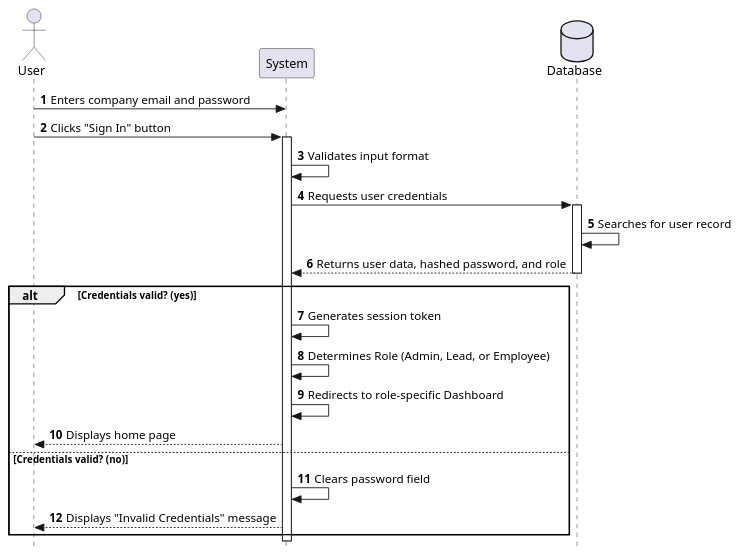
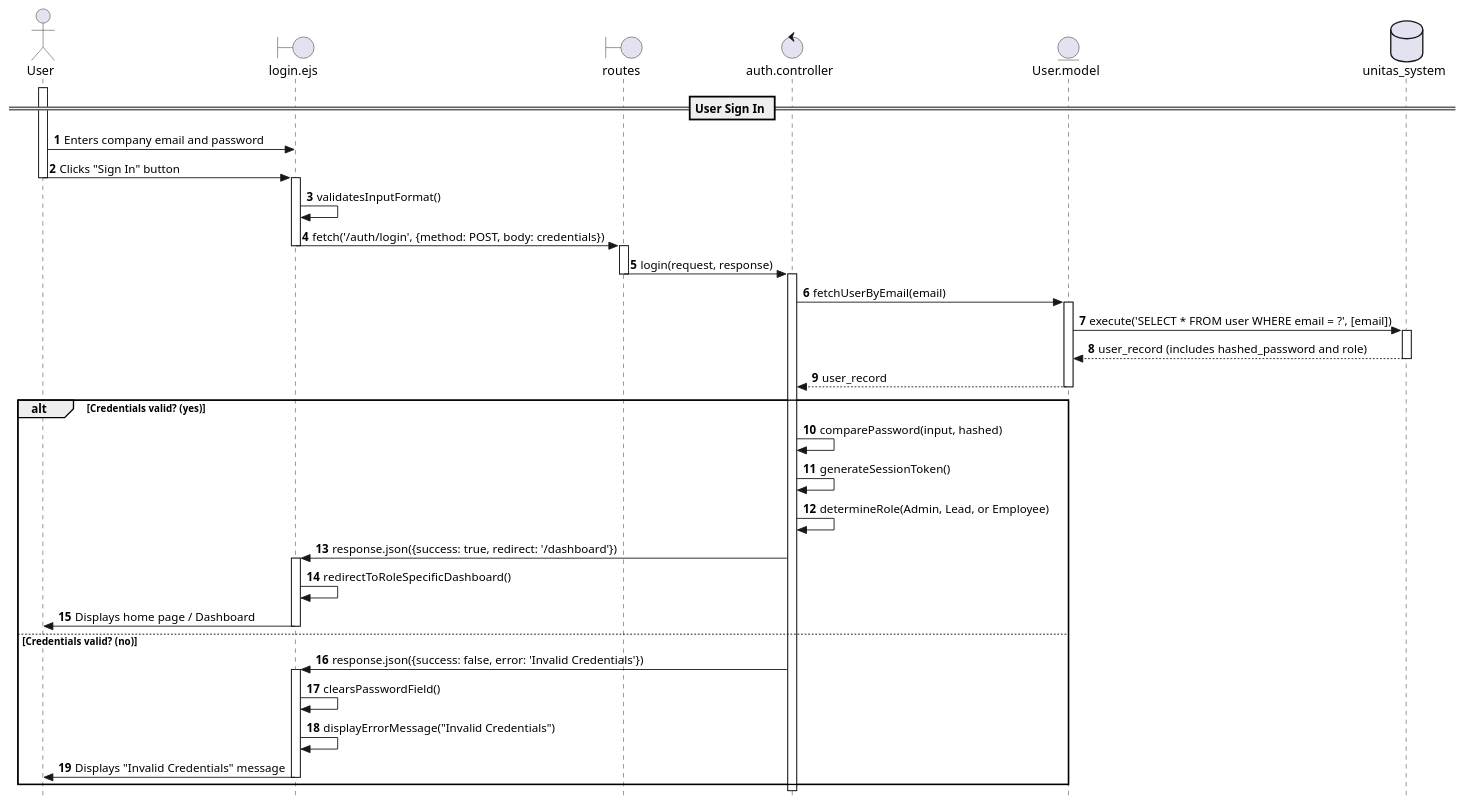
The diagram in documentation/sequence_diagrams/AUTH-01-SD.puml (Berthou05/LimboSoftwareDevelopment_Change.org), drawn with PlantUML before and after one commit. The commit also changed 19 other files, not shown here.

Commit message:
[CHORE] moved activity diagrams to sequence_diagrams folder

```diff
--- a/documentation/sequence_diagrams/AUTH-01-SD.puml
+++ b/documentation/sequence_diagrams/AUTH-01-SD.puml
@@ -1,32 +1,63 @@
 @startuml
+skinparam style strictuml
+
+actor User as U
+boundary "login.ejs" as V
+boundary "routes" as RO
+control "auth.controller" as C
+entity "User.model" as M
+database "unitas_system" as BD
+
 autonumber
-skinparam Style strictuml
 
-actor User
-participant "System" as Sys
-database "Database" as DB
+== User Sign In ==
 
-User -> Sys: Enters company email and password
-User -> Sys: Clicks "Sign In" button
-activate Sys
+activate U
+U -> V: Enters company email and password
+U -> V: Clicks "Sign In" button
+deactivate U
 
-Sys -> Sys: Validates input format
-Sys -> DB: Requests user credentials
-activate DB
+activate V
+V -> V: validatesInputFormat()
+V -> RO: fetch('/auth/login', {method: POST, body: credentials})
+deactivate V
 
-DB -> DB: Searches for user record
-DB --> Sys: Returns user data, hashed password, and role
-deactivate DB
+activate RO
+RO -> C: login(request, response)
+deactivate RO
+
+activate C
+C -> M: fetchUserByEmail(email)
+activate M
+
+M -> BD: execute('SELECT * FROM user WHERE email = ?', [email])
+activate BD
+BD --> M: user_record (includes hashed_password and role)
+deactivate BD
+
+M --> C: user_record
+deactivate M
 
 alt Credentials valid? (yes)
-    Sys -> Sys: Generates session token
-    Sys -> Sys: Determines Role (Admin, Lead, or Employee)
-    Sys -> Sys: Redirects to role-specific Dashboard
-    Sys --> User: Displays home page
+    C -> C: comparePassword(input, hashed)
+    C -> C: generateSessionToken()
+    C -> C: determineRole(Admin, Lead, or Employee)
+    
+    C -> V: response.json({success: true, redirect: '/dashboard'})
+    activate V
+    V -> V: redirectToRoleSpecificDashboard()
+    V -> U: Displays home page / Dashboard
+    deactivate V
+    
 else Credentials valid? (no)
-    Sys -> Sys: Clears password field
-    Sys --> User: Displays "Invalid Credentials" message
+    C -> V: response.json({success: false, error: 'Invalid Credentials'})
+    activate V
+    V -> V: clearsPasswordField()
+    V -> V: displayErrorMessage("Invalid Credentials")
+    V -> U: Displays "Invalid Credentials" message
+    deactivate V
 end
 
-deactivate Sys
+deactivate C
+
 @enduml
```
